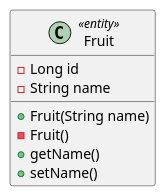
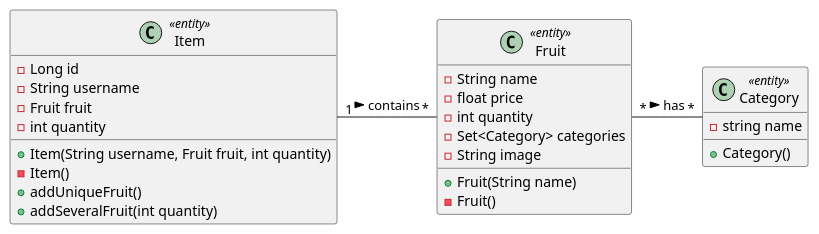
Before and after one commit to EmmanuelJanssens/AMT_2021: the diagram in documentation/CD/CD.puml, drawn with PlantUML.

```diff
--- a/documentation/CD/CD.puml
+++ b/documentation/CD/CD.puml
@@ -1,13 +1,33 @@
 @startuml
 'https://plantuml.com/class-diagram
 
 class Fruit <<entity>>{
--Long id
 -String name
+-float price
+-int quantity
+-Set<Category> categories
+-String image
 +Fruit(String name)
 -Fruit()
-+getName()
-+setName()
+}
+class Item <<entity>>{
+-Long id
+-String username
+-Fruit fruit
+-int quantity
++Item(String username, Fruit fruit, int quantity)
+-Item()
++addUniqueFruit()
++addSeveralFruit(int quantity)
+
 
 }
+class Category <<entity>>{
+-string name
++Category()
+}
+
+
+Item "1"- "*" Fruit : contains >
+Fruit "*"- "*" Category : has >
 @enduml
```
